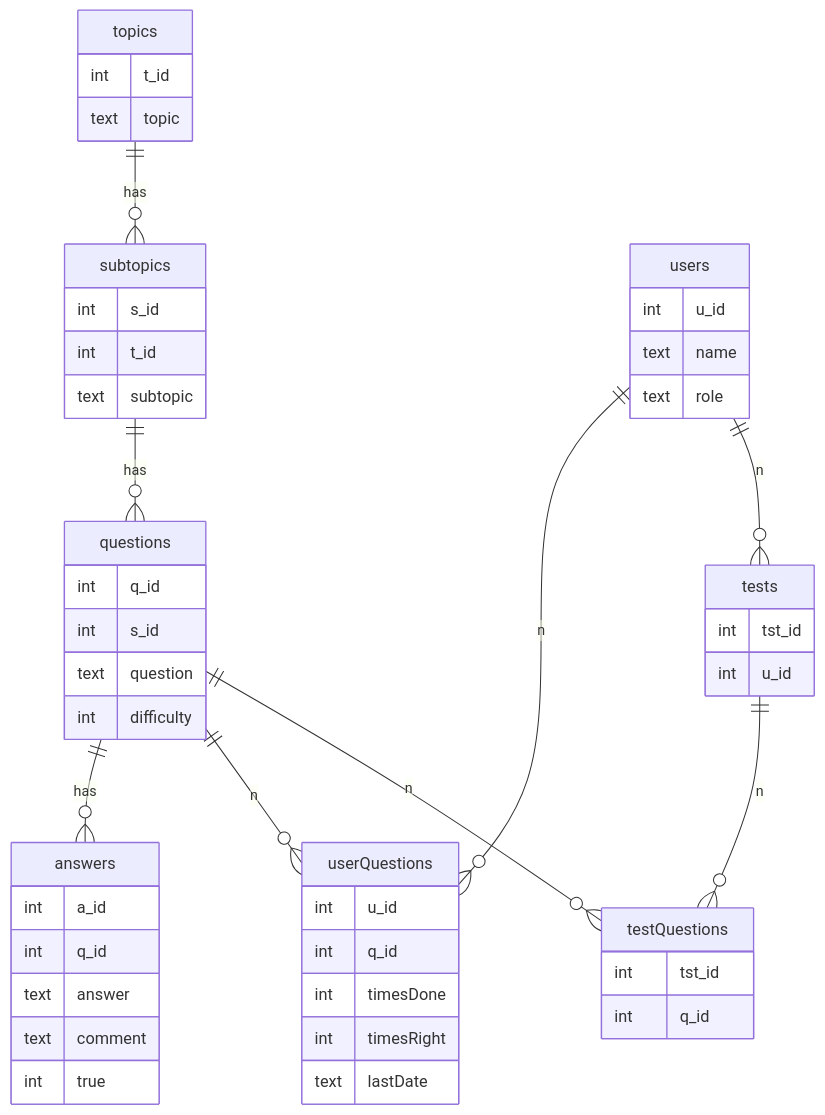
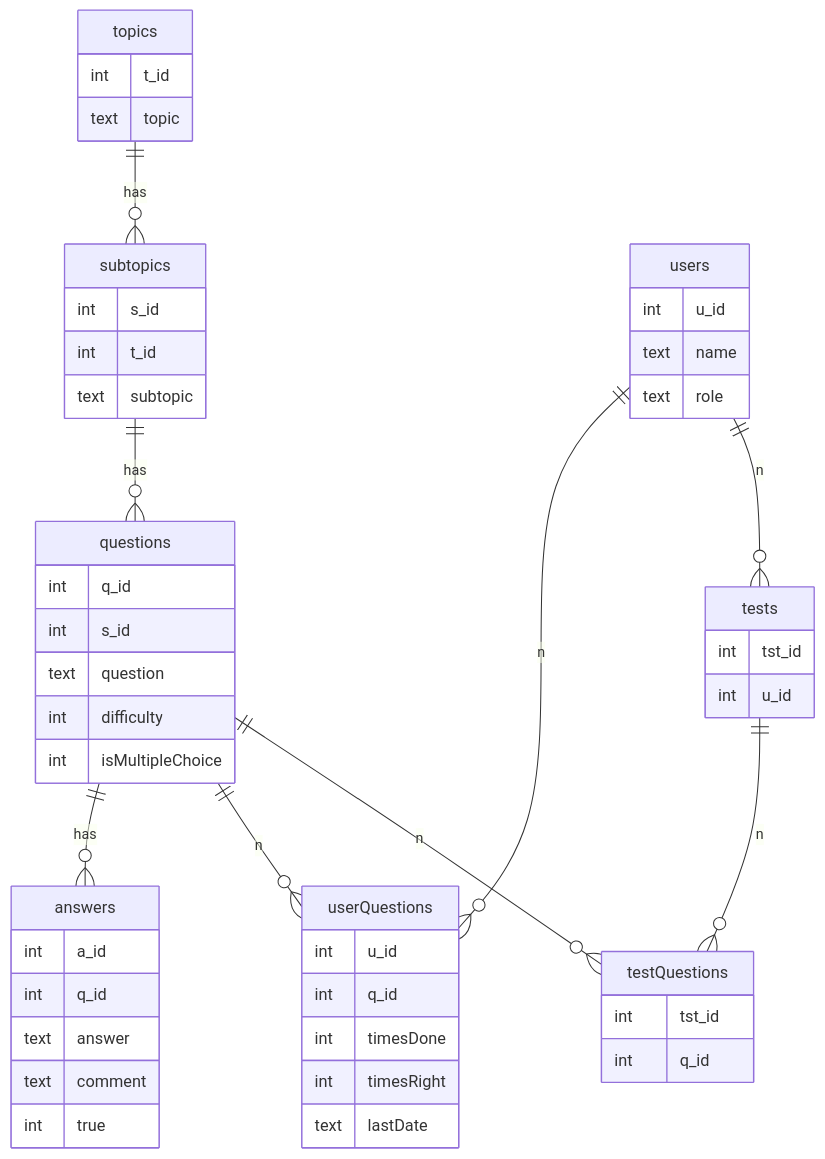
Before and after one commit to KlaBra16F1/CS50: the second of 2 diagrams in docs/documentation.adoc, drawn with Mermaid. The commit also changed 1 other file, not shown here.

Commit message:
update documentation (sql) .gitignore(vscode)

```diff
--- a/docs/documentation.adoc
+++ b/docs/documentation.adoc
@@ -65,57 +65,58 @@
 [mermaid]
 ----
 erDiagram
 
 topics {
     int t_id
     text topic
 }
 subtopics {
     int s_id
     int t_id
     text subtopic
 }
 questions {
     int q_id
     int s_id
     text question
     int difficulty
+    int isMultipleChoice
 }
 answers {
     int a_id
     int q_id
     text answer
     text comment
     int true
 }
 users {
     int u_id
     text name
     text role
 }
 userQuestions {
     int u_id
     int q_id
     int timesDone
     int timesRight
     text lastDate
 }
 tests {
     int tst_id
     int u_id
 }
 testQuestions {
     int tst_id
     int q_id
 }
 
 topics ||--o{ subtopics : has
 subtopics ||--o{ questions : has
 questions ||--o{ answers : has
 users ||--o{ userQuestions : n
 questions ||--o{ userQuestions : n
 users ||--o{ tests : n
 tests ||--o{ testQuestions : n
 questions ||--o{ testQuestions :n
 
 ----
```
